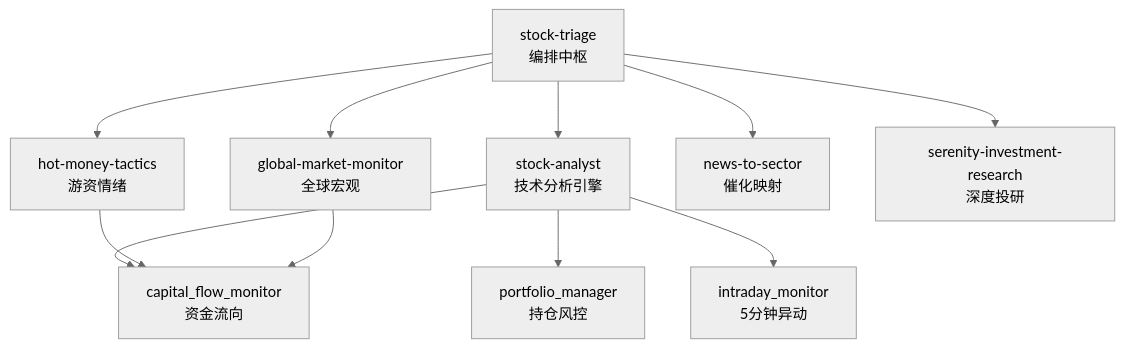
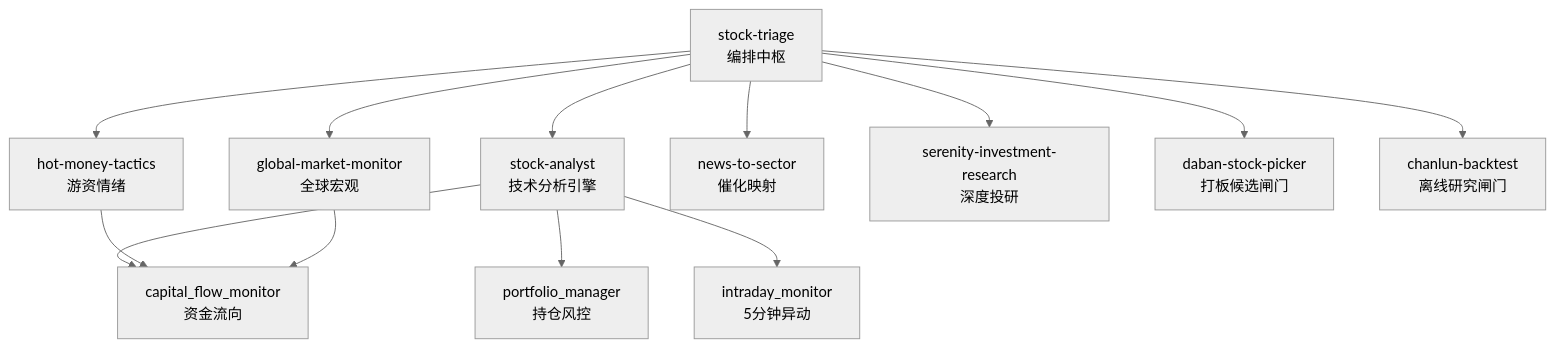
The diagram in README.zh-CN.md (Eleven1111/a-stock-agent-system), drawn with Mermaid (neutral theme) before and after one commit. The commit also changed other lines of this file and 15 other files, not shown here.

````diff
--- a/README.zh-CN.md
+++ b/README.zh-CN.md
@@ -19,14 +19,16 @@
 ```mermaid
 graph TD
     TRIAGE[stock-triage<br/>编排中枢] --> ANALYST[stock-analyst<br/>技术分析引擎]
     TRIAGE --> HOTMONEY[hot-money-tactics<br/>游资情绪]
     TRIAGE --> GLOBAL[global-market-monitor<br/>全球宏观]
     TRIAGE --> NEWS[news-to-sector<br/>催化映射]
     TRIAGE --> SERENITY[serenity-investment-research<br/>深度投研]
+    TRIAGE --> DABAN[daban-stock-picker<br/>打板候选闸门]
+    TRIAGE --> CHANLUN[chanlun-backtest<br/>离线研究闸门]
 
     ANALYST --> FLOW[capital_flow_monitor<br/>资金流向]
     ANALYST --> PORT[portfolio_manager<br/>持仓风控]
     ANALYST --> INTRA[intraday_monitor<br/>5分钟异动]
     HOTMONEY --> FLOW
     GLOBAL --> FLOW
 ```
````
